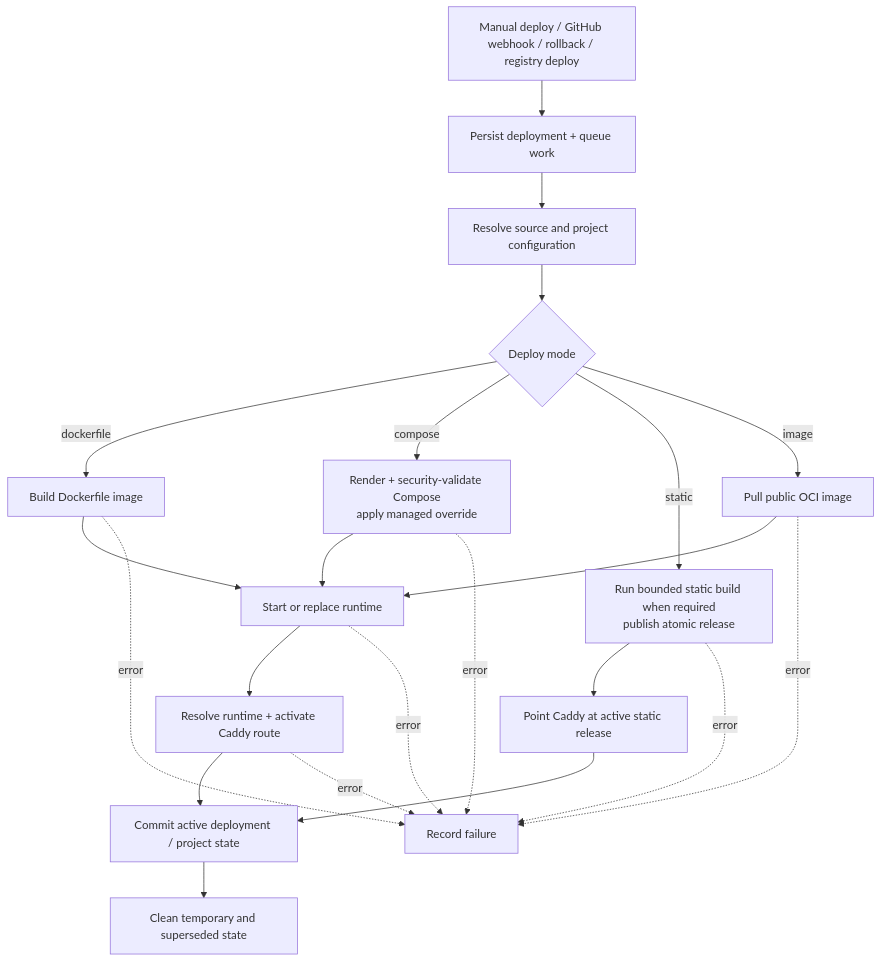
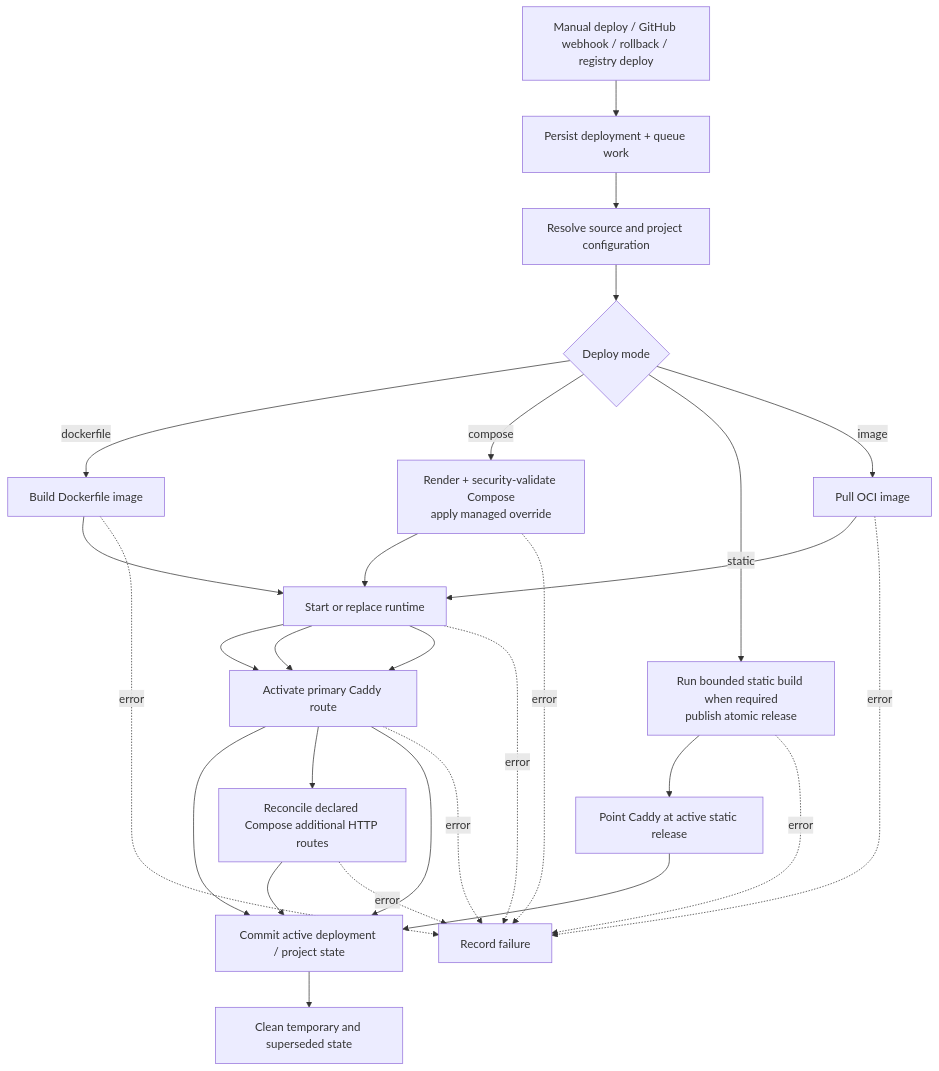
One commit to nabilrn/MyPaas changed the first of 5 diagrams in docs/architecture/deployment.md. Above: the diagram before and after it, drawn with Mermaid. The commit also changed other lines of this file, not shown here.

````diff
--- a/docs/architecture/deployment.md
+++ b/docs/architecture/deployment.md
@@ -25,35 +33,35 @@
 ```mermaid
 flowchart TB
     Trigger["Manual deploy / GitHub webhook / rollback / registry deploy"]
     Persist["Persist deployment + queue work"]
     Prepare["Resolve source and project configuration"]
     Mode{"Deploy mode"}
 
     Dockerfile["Build Dockerfile image"]
     Compose["Render + security-validate Compose\napply managed override"]
     Static["Run bounded static build when required\npublish atomic release"]
-    Image["Pull public OCI image"]
+    Image["Pull OCI image"]
 
     Runtime["Start or replace runtime"]
-    Route["Resolve runtime + activate Caddy route"]
+    Primary["Activate primary Caddy route"]
+    Additional["Reconcile declared Compose additional HTTP routes"]
     StaticRoute["Point Caddy at active static release"]
     Commit["Commit active deployment / project state"]
     Cleanup["Clean temporary and superseded state"]
     Failed["Record failure"]
 
     Trigger --> Persist --> Prepare --> Mode
-    Mode -->|dockerfile| Dockerfile --> Runtime
-    Mode -->|compose| Compose --> Runtime
-    Mode -->|static| Static --> StaticRoute
-    Mode -->|image| Image --> Runtime
-    Runtime --> Route --> Commit
-    StaticRoute --> Commit
+    Mode -->|dockerfile| Dockerfile --> Runtime --> Primary --> Commit
+    Mode -->|compose| Compose --> Runtime --> Primary --> Additional --> Commit
+    Mode -->|static| Static --> StaticRoute --> Commit
+    Mode -->|image| Image --> Runtime --> Primary --> Commit
     Commit --> Cleanup
 
     Dockerfile -. error .-> Failed
     Compose -. error .-> Failed
     Static -. error .-> Failed
     Image -. error .-> Failed
     Runtime -. error .-> Failed
-    Route -. error .-> Failed
+    Primary -. error .-> Failed
+    Additional -. error .-> Failed
 ```
````
